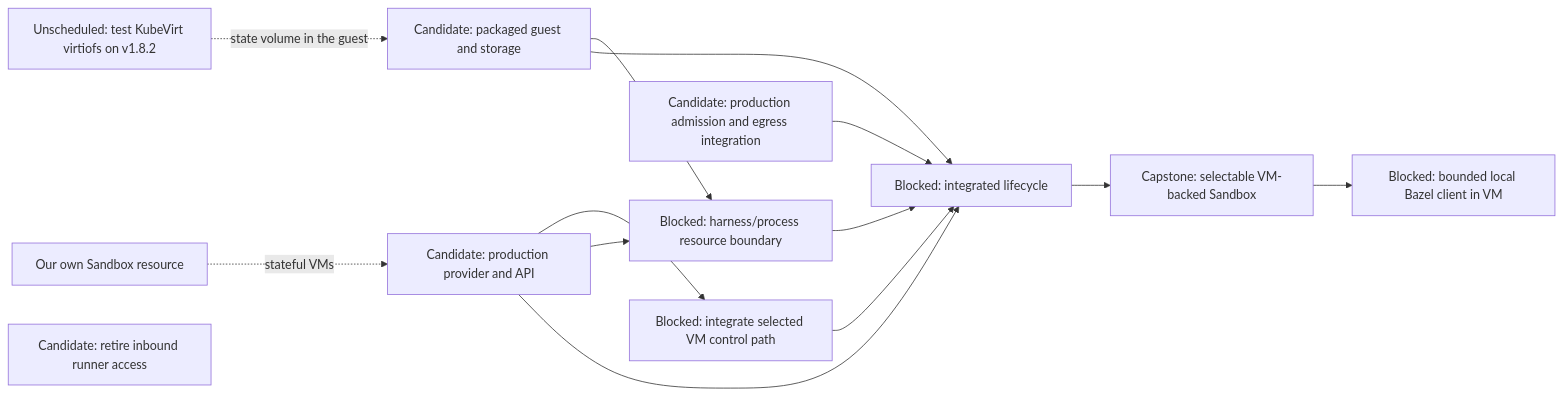
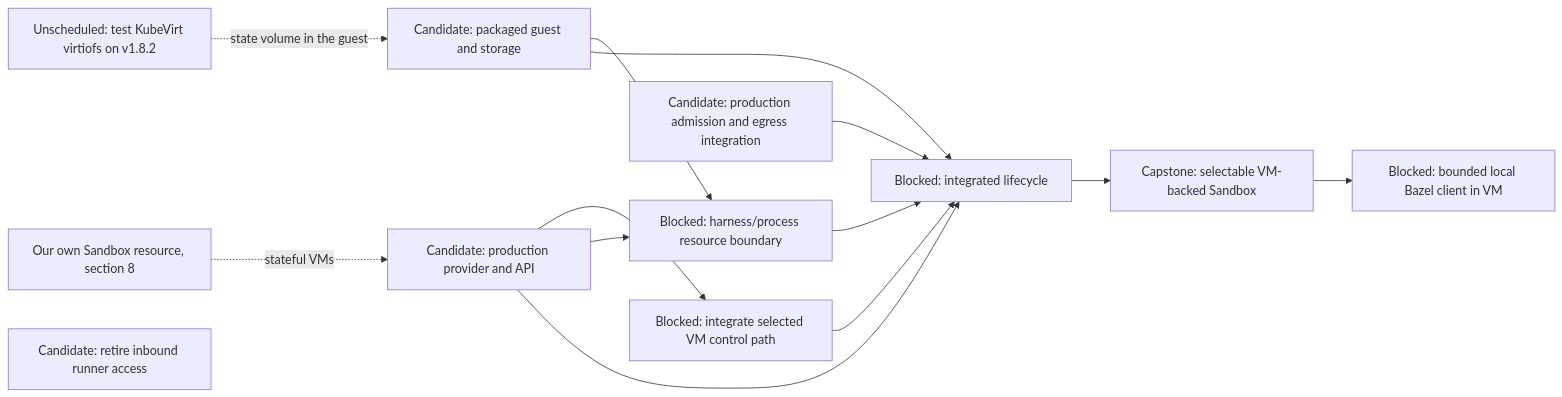
Before and after one commit to agentydragon-agent/ducktape: the sixth of 14 diagrams in agentplane/plans/task_dag.md, drawn with Mermaid. The commit also changed other lines of this file and 1 other file, not shown here.

````diff
--- a/agentplane/plans/task_dag.md
+++ b/agentplane/plans/task_dag.md
@@ -339,24 +343,24 @@
 ```mermaid
 flowchart LR
     VM_CONTROL_NETWORKING[Blocked: integrate selected VM control path]
     VM_IMAGE[Candidate: packaged guest and storage]
     VM_PROVIDER[Candidate: production provider and API]
     VM_VIRTIOFS[Unscheduled: test KubeVirt virtiofs on v1.8.2]
-    AGENTPLANE_SANDBOX_RESOURCE[Our own Sandbox resource]
+    AGENTPLANE_SANDBOX_RESOURCE[Our own Sandbox resource, section 8]
     VM_EGRESS[Candidate: production admission and egress integration]
     VM_PROCESS_ISOLATION[Blocked: harness/process resource boundary]
     VM_LIFECYCLE[Blocked: integrated lifecycle]
     RUNNER_INBOUND_RETIRE[Candidate: retire inbound runner access]
     VM_PROVIDER --> VM_CONTROL_NETWORKING
     AGENTPLANE_SANDBOX_RESOURCE -. stateful VMs .-> VM_PROVIDER
     VM_VIRTIOFS -. state volume in the guest .-> VM_IMAGE
     VM_CONTROL_NETWORKING --> VM_LIFECYCLE
     VM_IMAGE --> VM_PROCESS_ISOLATION
     VM_PROVIDER --> VM_PROCESS_ISOLATION
     VM_IMAGE --> VM_LIFECYCLE
     VM_PROVIDER --> VM_LIFECYCLE
     VM_EGRESS --> VM_LIFECYCLE
     VM_PROCESS_ISOLATION --> VM_LIFECYCLE
     VM_LIFECYCLE --> SANDBOX_VM_ISOLATION[Capstone: selectable VM-backed Sandbox]
     SANDBOX_VM_ISOLATION --> LOCAL_BAZEL[Blocked: bounded local Bazel client in VM]
 ```
````
